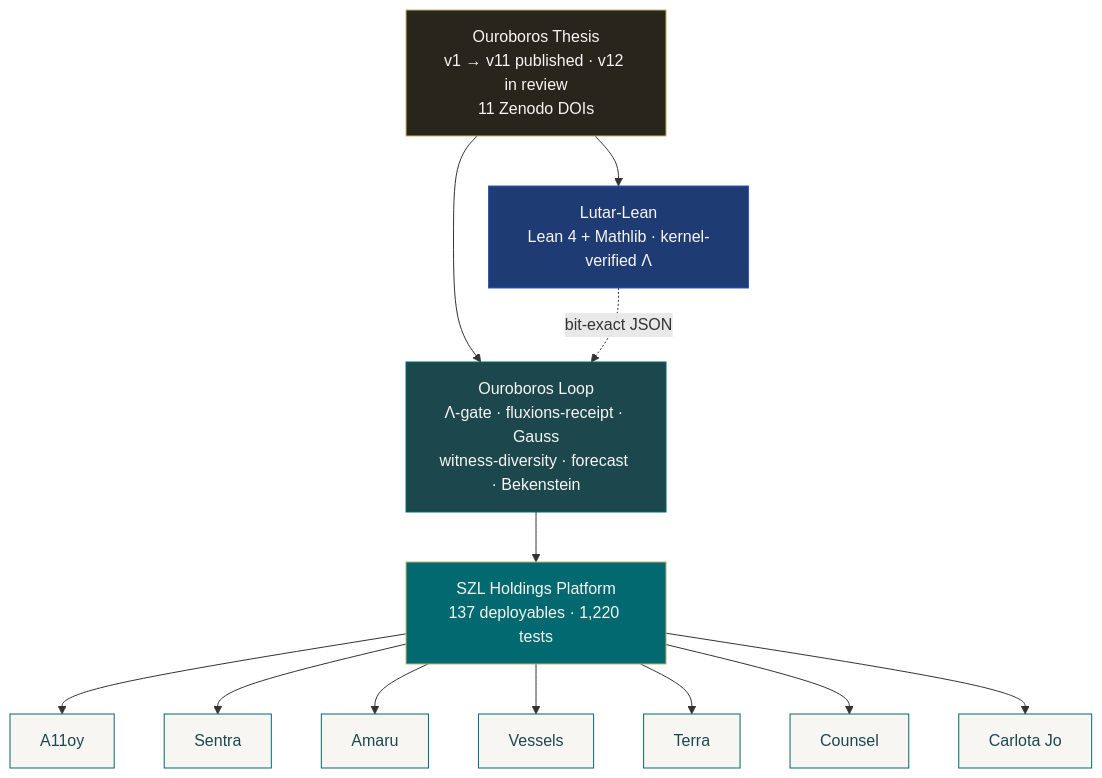
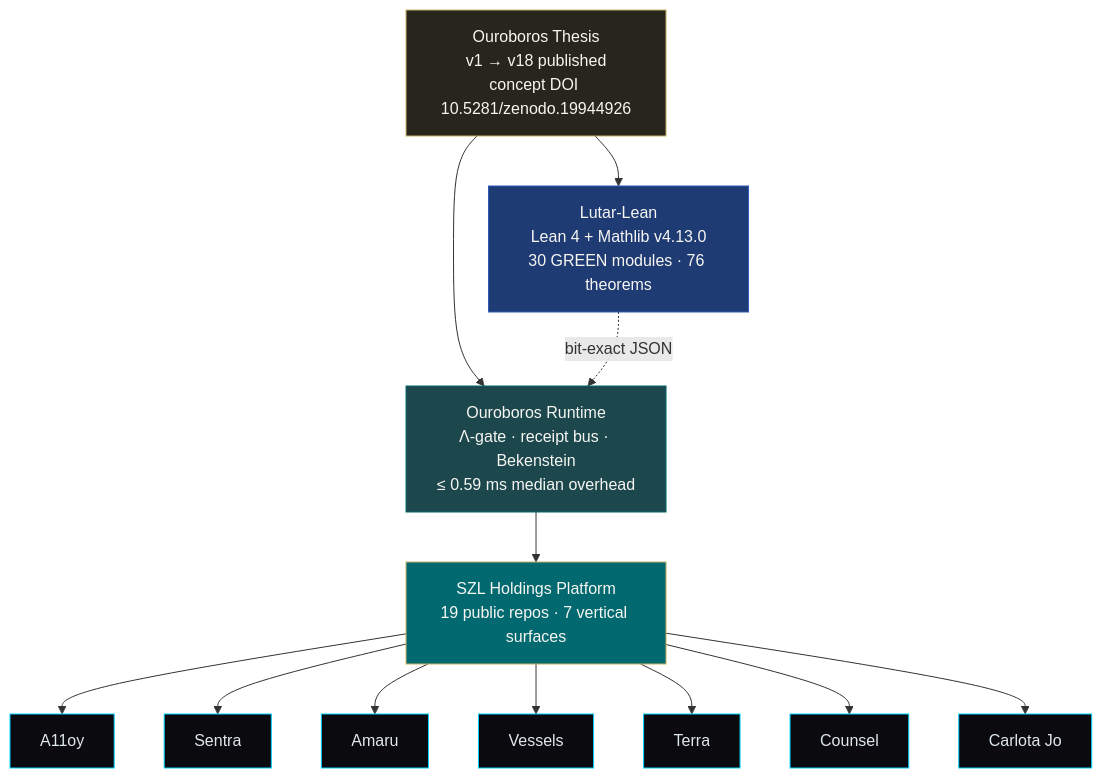
Before and after one commit to stephenlutar2-hash/stephenlutar2-hash: the diagram in README.md, drawn with Mermaid. The commit also changed other lines of this file and 4 other files, not shown here.

````diff
--- a/README.md
+++ b/README.md
@@ -30,32 +83,26 @@
 ```mermaid
 flowchart TD
     classDef research fill:#28251D,stroke:#C8B26A,color:#F7F6F2;
     classDef kernel   fill:#1F3B73,stroke:#2D5BB9,color:#F7F6F2;
     classDef runtime  fill:#1B474D,stroke:#01696F,color:#F7F6F2;
     classDef platform fill:#01696F,stroke:#C8B26A,color:#F7F6F2;
-    classDef surface  fill:#F7F6F2,stroke:#01696F,color:#1B474D;
+    classDef surface  fill:#0a0a0f,stroke:#00d4ff,color:#e0e8ef;
 
-    T["Ouroboros Thesis<br/>v1 → v11 published · v12 in review<br/>11 Zenodo DOIs"]:::research
-    L["Lutar-Lean<br/>Lean 4 + Mathlib · kernel-verified Λ"]:::kernel
-    R["Ouroboros Loop<br/>Λ-gate · fluxions-receipt · Gauss<br/>witness-diversity · forecast · Bekenstein"]:::runtime
-    P["SZL Holdings Platform<br/>137 deployables · 1,220 tests"]:::platform
+    T["Ouroboros Thesis<br/>v1 → v18 published<br/>concept DOI 10.5281/zenodo.19944926"]:::research
+    L["Lutar-Lean<br/>Lean 4 + Mathlib v4.13.0<br/>30 GREEN modules · 76 theorems"]:::kernel
+    R["Ouroboros Runtime<br/>Λ-gate · receipt bus · Bekenstein<br/>≤ 0.59 ms median overhead"]:::runtime
+    P["SZL Holdings Platform<br/>19 public repos · 7 vertical surfaces"]:::platform
     A["A11oy"]:::surface
     S["Sentra"]:::surface
     AM["Amaru"]:::surface
     V["Vessels"]:::surface
     TE["Terra"]:::surface
     C["Counsel"]:::surface
     CJ["Carlota Jo"]:::surface
 
     T --> L
     T --> R
     L -.bit-exact JSON.-> R
     R --> P
-    P --> A
-    P --> S
-    P --> AM
-    P --> V
-    P --> TE
-    P --> C
-    P --> CJ
+    P --> A & S & AM & V & TE & C & CJ
 ```
````
